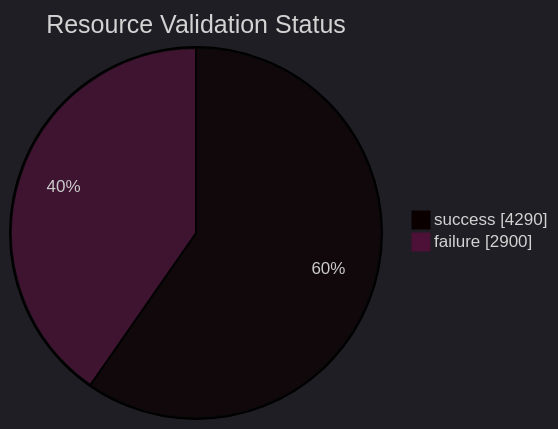
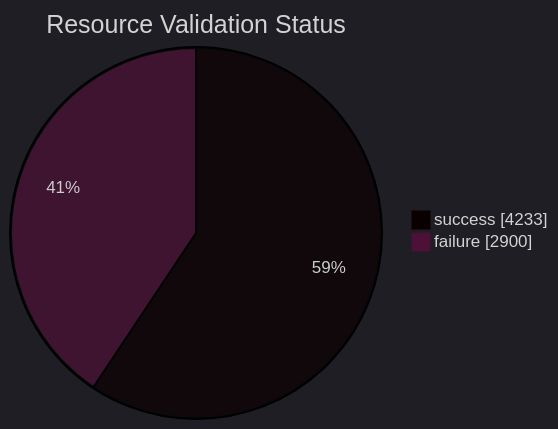
One commit to open-data/analytics-corporate-reporting changed the diagram in datastore_tracker/resource_validation_status_pie_chart.md. Above: the diagram before and after it, drawn with Mermaid. The commit also changed 9 other files, not shown here.

````diff
--- a/datastore_tracker/resource_validation_status_pie_chart.md
+++ b/datastore_tracker/resource_validation_status_pie_chart.md
@@ -2,9 +2,9 @@
 ```mermaid
 ---
 config:
   theme: dark
 ---
 pie showData title Resource Validation Status
-    "success": 4290
+    "success": 4233
     "failure": 2900
 ```
````
